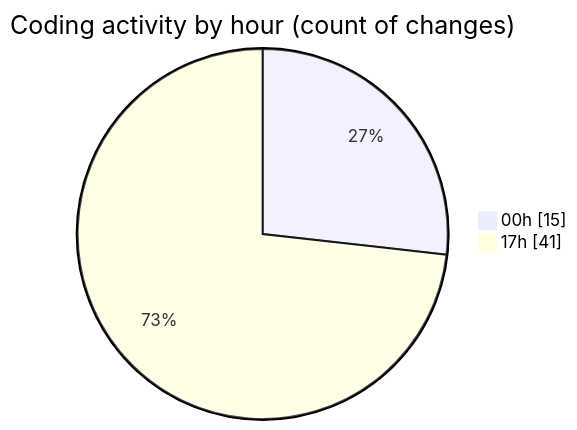
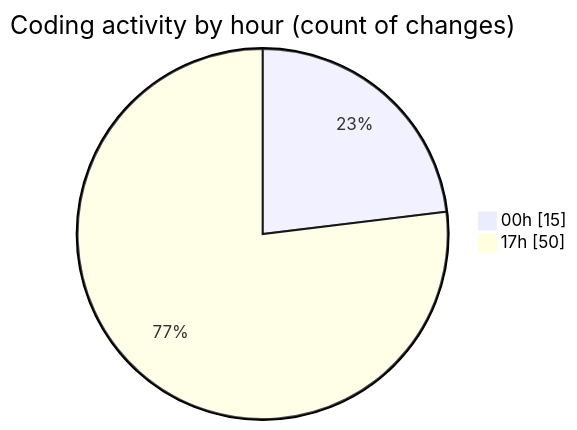
One commit to Netris89/code-tracking changed the second of 2 diagrams in 2025-04-06/echo/README.md. Above: the diagram before and after it, drawn with Mermaid. The commit also changed other lines of this file and 1 other file, not shown here.

````diff
--- a/2025-04-06/echo/README.md
+++ b/2025-04-06/echo/README.md
@@ -37,6 +37,6 @@
 ```mermaid
 pie showData
 title Coding activity by hour (count of changes)
 "00h" : 15
-"17h" : 41
+"17h" : 50
 ```
````
